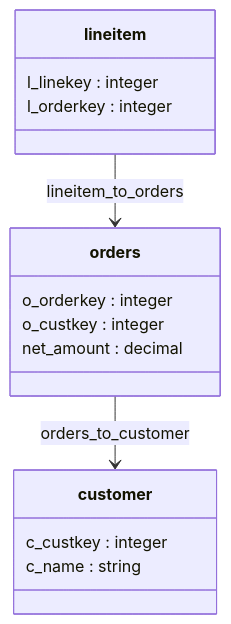
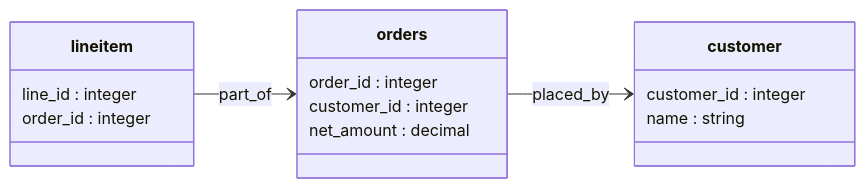
The first of 2 diagrams in toolbox/mdcode/docs/semantic-model/codelab.md (GoogleCloudPlatform/knowledge-catalog), drawn with Mermaid before and after one commit. The commit also changed other lines of this file and 1 other file, not shown here.

First line of the commit message:
docs(codelab): name the logical model by concept; drop the post-import note (#379)

````diff
--- a/toolbox/mdcode/docs/semantic-model/codelab.md
+++ b/toolbox/mdcode/docs/semantic-model/codelab.md
@@ -106,18 +106,19 @@
 ```mermaid
 classDiagram
+    direction LR
     class orders {
-        o_orderkey : integer
-        o_custkey : integer
+        order_id : integer
+        customer_id : integer
         net_amount : decimal
     }
     class customer {
-        c_custkey : integer
-        c_name : string
+        customer_id : integer
+        name : string
     }
     class lineitem {
-        l_linekey : integer
-        l_orderkey : integer
+        line_id : integer
+        order_id : integer
     }
-    lineitem --> orders : lineitem_to_orders
-    orders --> customer : orders_to_customer
+    lineitem --> orders : part_of
+    orders --> customer : placed_by
 ```
````
